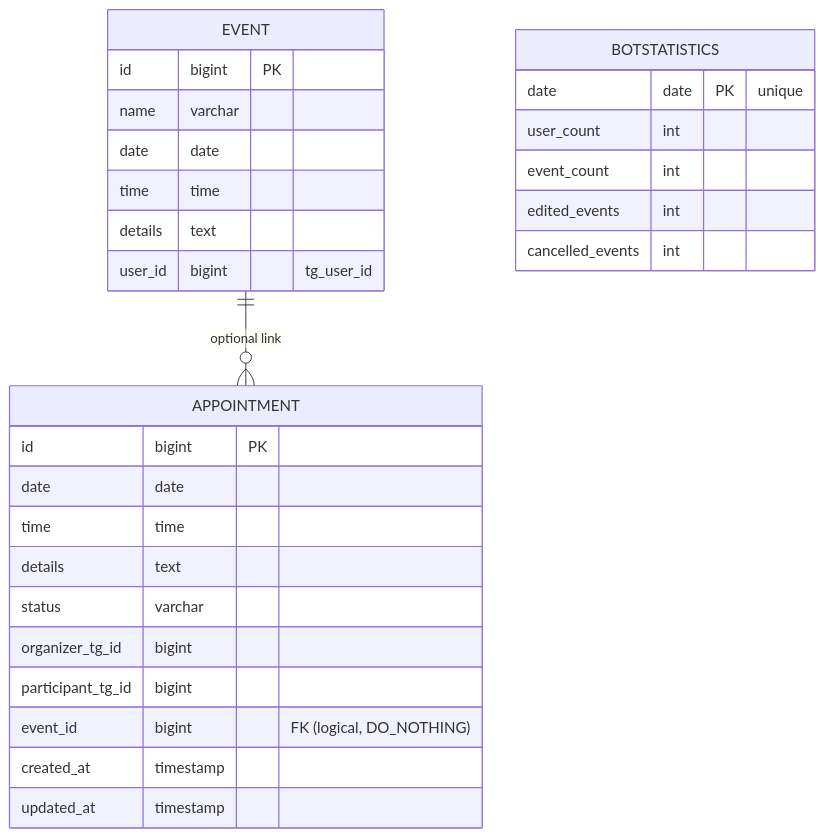
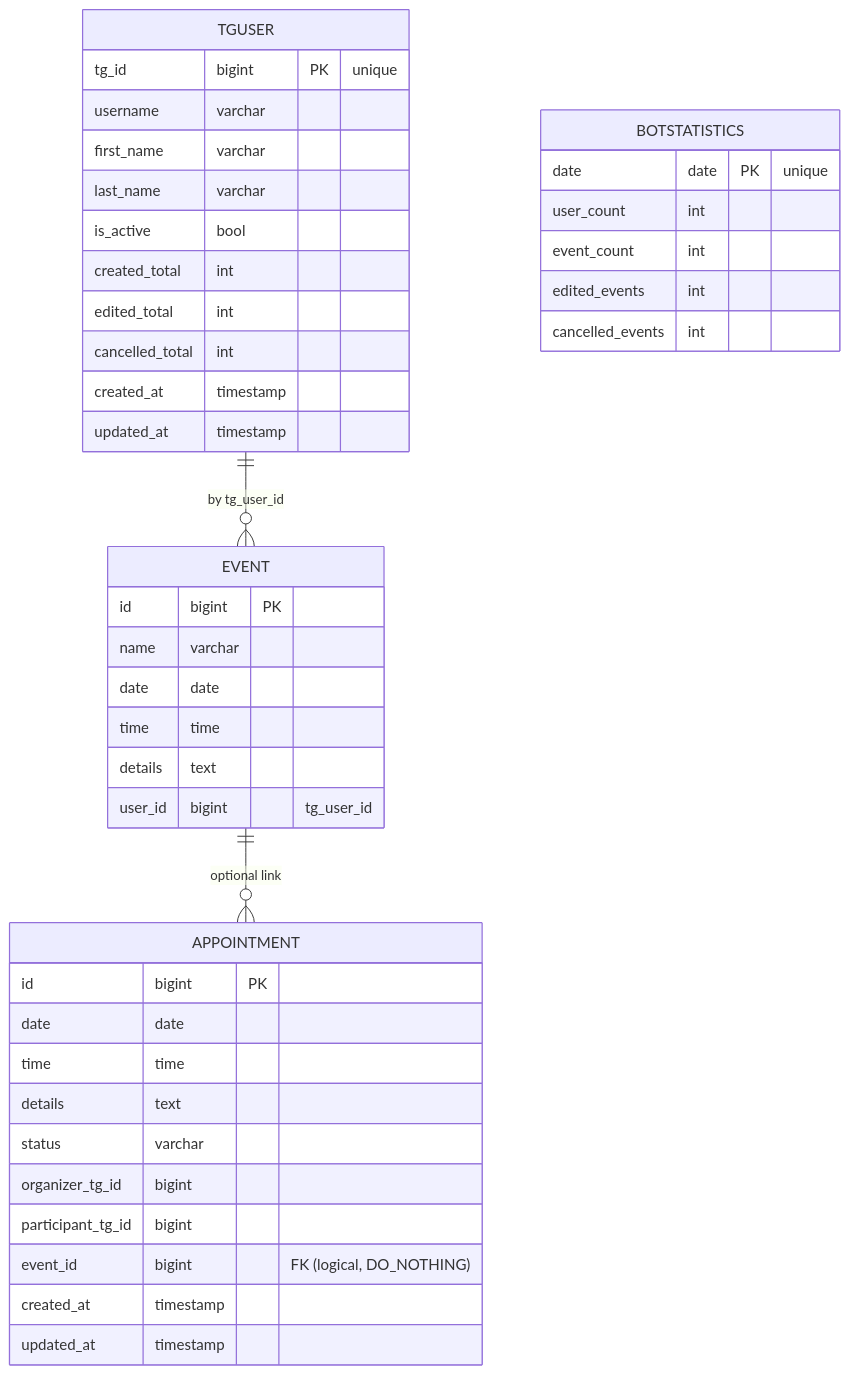
Before and after one commit to kabshanov/Python_TelegramBot_Familiya: the diagram in README_DJANGO.md, drawn with Mermaid. The commit also changed other lines of this file and 2 other files, not shown here.

````diff
--- a/README_DJANGO.md
+++ b/README_DJANGO.md
@@ -574,31 +590,44 @@
 ```mermaid
 erDiagram
-    EVENT ||--o{ APPOINTMENT : "optional link"
-    BOTSTATISTICS {
-        date date PK "unique"
-        user_count int
-        event_count int
-        edited_events int
-        cancelled_events int
+    TGUSER ||--o{ EVENT : "by tg_user_id"
+    EVENT  ||--o{ APPOINTMENT : "optional link"
+    TGUSER {
+        tg_id bigint PK "unique"
+        username varchar
+        first_name varchar
+        last_name varchar
+        is_active bool
+        created_total int
+        edited_total int
+        cancelled_total int
+        created_at timestamp
+        updated_at timestamp
     }
     EVENT {
         id bigint PK
         name varchar
         date date
         time time
         details text
         user_id bigint "tg_user_id"
     }
     APPOINTMENT {
         id bigint PK
         date date
         time time
         details text
         status varchar
         organizer_tg_id bigint
         participant_tg_id bigint
         event_id bigint "FK (logical, DO_NOTHING)"
         created_at timestamp
         updated_at timestamp
     }
+    BOTSTATISTICS {
+        date date PK "unique"
+        user_count int
+        event_count int
+        edited_events int
+        cancelled_events int
+    }
 ```
````
